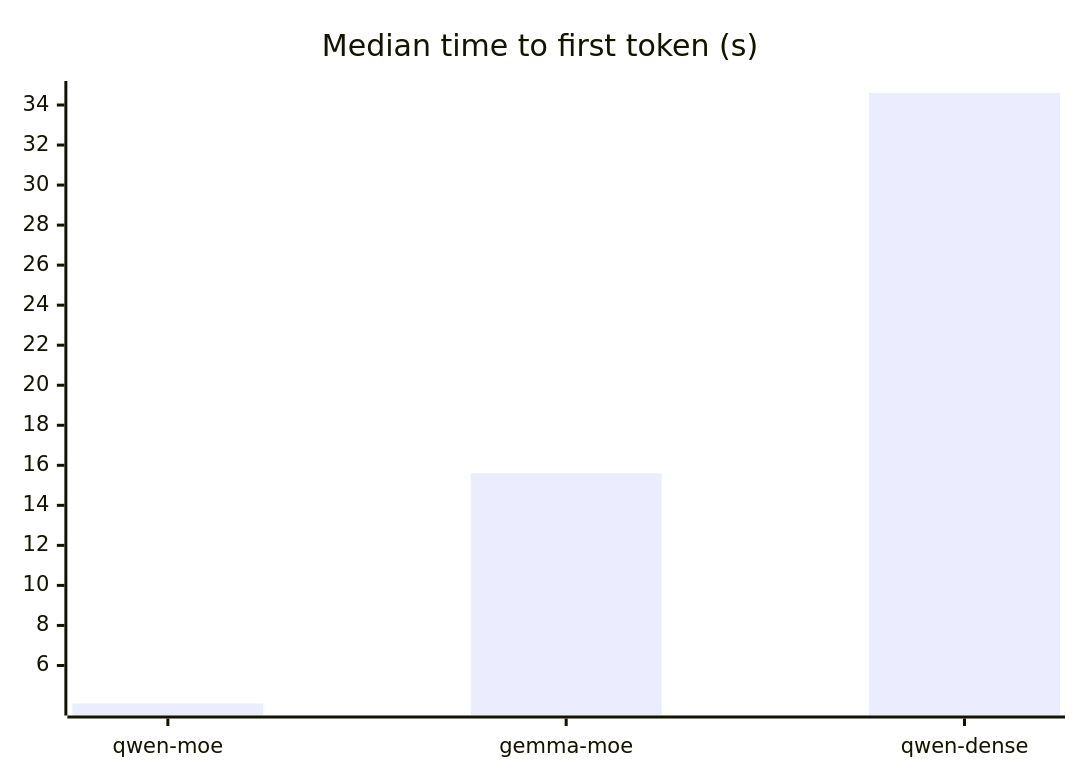
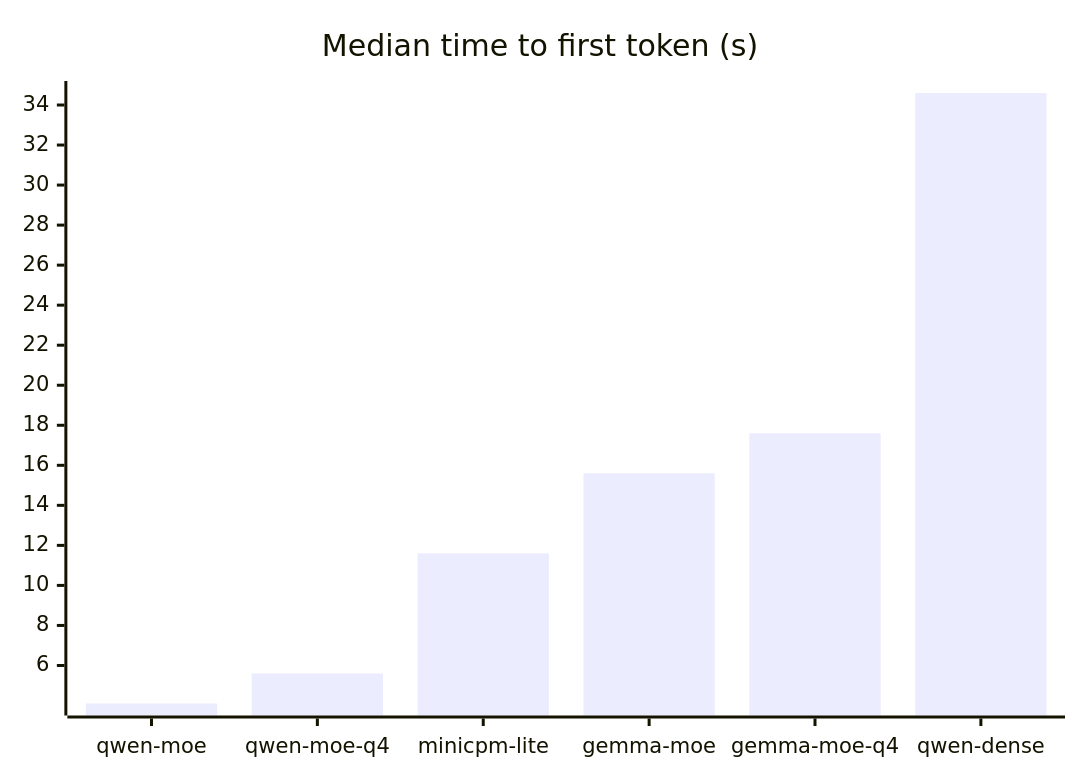
The third of 3 diagrams in docs/benchmarks/results.md (aarora79/meru), drawn with Mermaid before and after one commit. The commit also changed other lines of this file and 4 other files, not shown here.

````diff
--- a/docs/benchmarks/results.md
+++ b/docs/benchmarks/results.md
@@ -50,6 +53,6 @@
 ```mermaid
 xychart-beta
     title "Median time to first token (s)"
-    x-axis ["qwen-moe", "gemma-moe", "qwen-dense"]
-    bar [4.1, 15.6, 34.6]
+    x-axis ["qwen-moe", "qwen-moe-q4", "minicpm-lite", "gemma-moe", "gemma-moe-q4", "qwen-dense"]
+    bar [4.1, 5.6, 11.6, 15.6, 17.6, 34.6]
 ```
````
